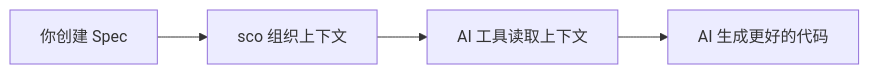
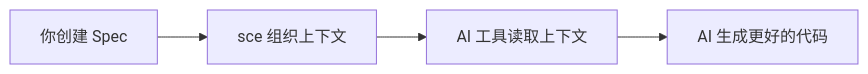
Before and after one commit to LuChangQiu/kiro-spec-engine: the first of 2 diagrams in README.zh.md, drawn with Mermaid. The commit also changed other lines of this file and 38 other files, not shown here.

````diff
--- a/README.zh.md
+++ b/README.zh.md
@@ -24,6 +24,6 @@
 ```mermaid
 graph LR
-    A[你创建 Spec] --> B[sco 组织上下文]
+    A[你创建 Spec] --> B[sce 组织上下文]
     B --> C[AI 工具读取上下文]
     C --> D[AI 生成更好的代码]
 ```
````
